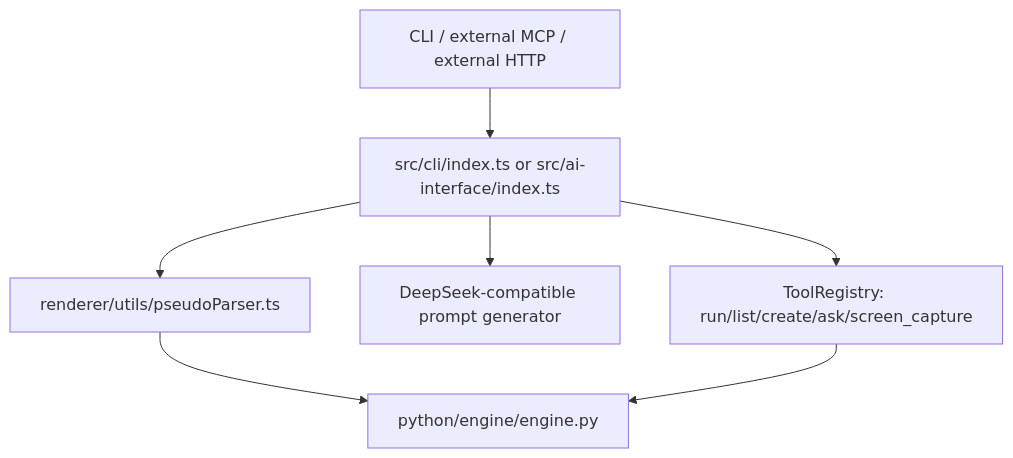
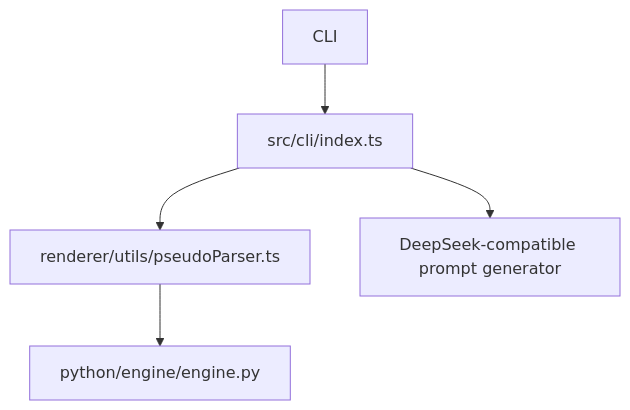
Before and after one commit to zoujiapeng/lingdong-script: the fifth of 6 diagrams in docs/project-guide/05-file-reference-typescript-electron.md, drawn with Mermaid. The commit also changed other lines of this file and 160 other files, not shown here.

````diff
--- a/docs/project-guide/05-file-reference-typescript-electron.md
+++ b/docs/project-guide/05-file-reference-typescript-electron.md
@@ -234,9 +234,7 @@
 ```mermaid
 flowchart TD
-  Caller["CLI / external MCP / external HTTP"] --> Entry["src/cli/index.ts or src/ai-interface/index.ts"]
+  Caller["CLI"] --> Entry["src/cli/index.ts"]
   Entry --> Parser["renderer/utils/pseudoParser.ts"]
   Entry --> OldModel["DeepSeek-compatible prompt generator"]
   Parser --> LegacyEngine["python/engine/engine.py"]
-  Entry --> Registry["ToolRegistry: run/list/create/ask/screen_capture"]
-  Registry --> LegacyEngine
 ```
````
